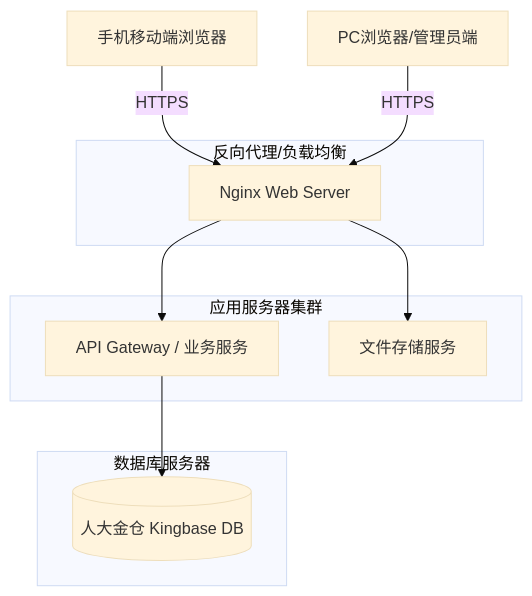
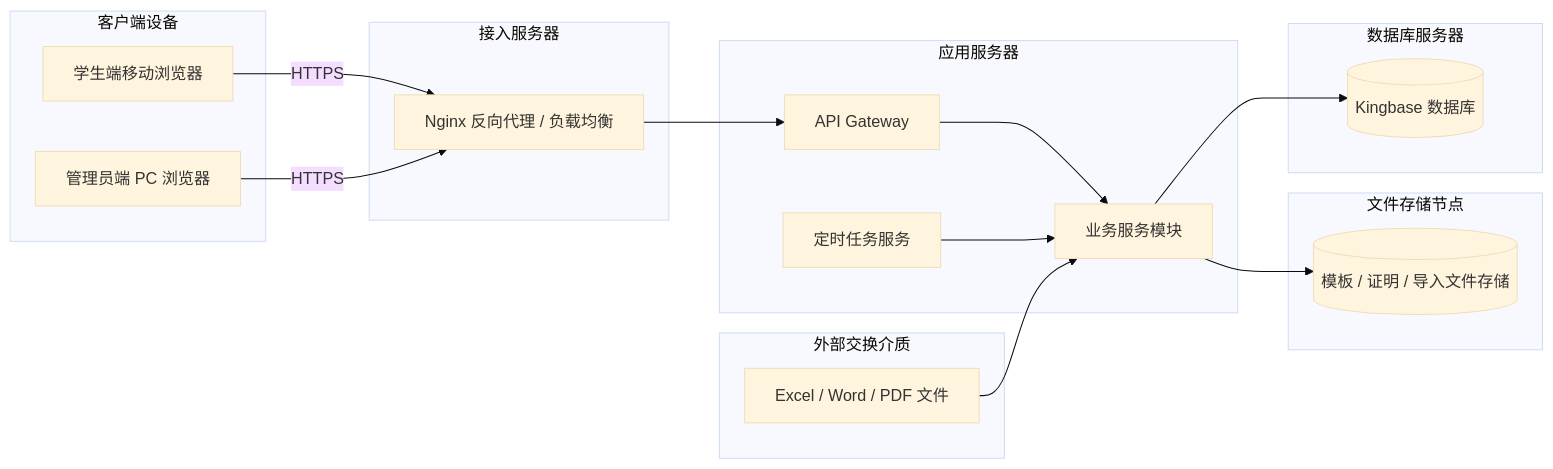
Diagram 15 of 15 in 软件设计文档.md (gabriellaXL/Software-engineer-team), drawn with Mermaid (base theme) before and after one commit. The commit also changed other lines of this file, not shown here.

Commit message:
完善软件设计文档图表与渲染

````diff
--- a/软件设计文档.md
+++ b/软件设计文档.md
@@ -363,24 +1049,38 @@
 ```mermaid
-flowchart TD
-    client1[手机移动端浏览器]
-    client2[PC浏览器/管理员端]
-    
-    subgraph DMZ[反向代理/负载均衡]
-        nginx[Nginx Web Server]
+flowchart LR
+    subgraph ClientNode[客户端设备]
+        client1[学生端移动浏览器]
+        client2[管理员端 PC 浏览器]
     end
-    
-    subgraph AppServer[应用服务器集群]
-        api[API Gateway / 业务服务]
-        file[文件存储服务]
+
+    subgraph AccessNode[接入服务器]
+        nginx[Nginx 反向代理 / 负载均衡]
     end
-    
-    subgraph DBServer[数据库服务器]
-        kingbase[(人大金仓 Kingbase DB)]
+
+    subgraph AppNode[应用服务器]
+        api[API Gateway]
+        service[业务服务模块]
+        scheduler[定时任务服务]
+    end
+
+    subgraph FileNode[文件存储节点]
+        file[(模板 / 证明 / 导入文件存储)]
+    end
+
+    subgraph DBNode[数据库服务器]
+        kingbase[(Kingbase 数据库)]
+    end
+
+    subgraph ExternalNode[外部交换介质]
+        importFile[Excel / Word / PDF 文件]
     end
 
     client1 -->|HTTPS| nginx
     client2 -->|HTTPS| nginx
     nginx --> api
-    nginx --> file
-    api --> kingbase
+    api --> service
+    scheduler --> service
+    service --> kingbase
+    service --> file
+    importFile --> service
 ```
````
